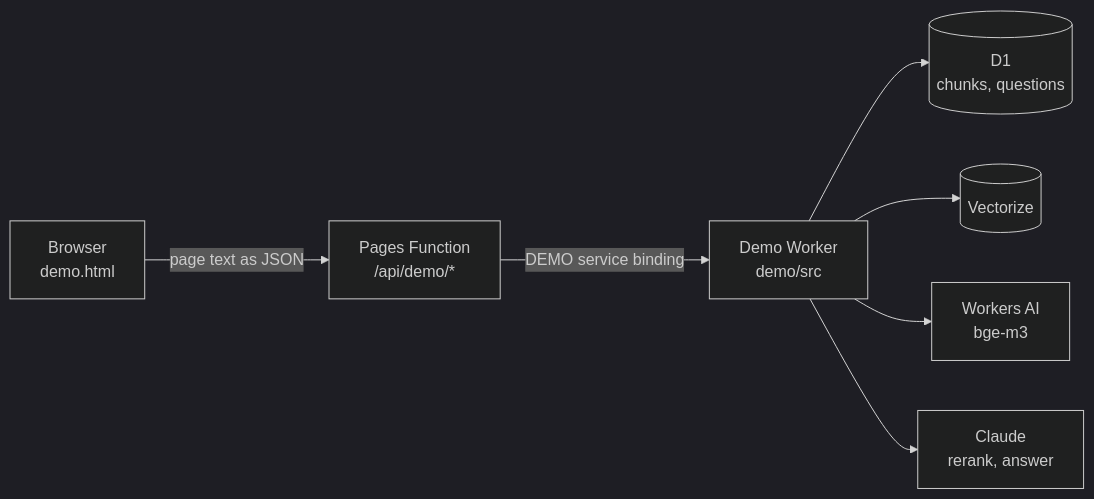
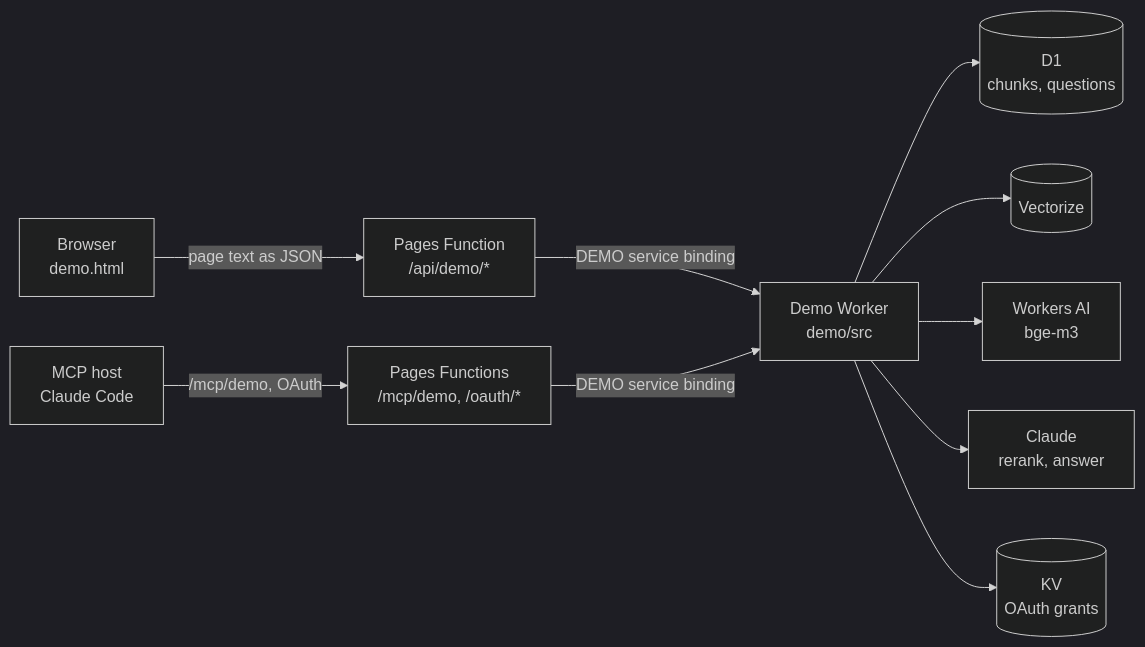
One commit to AiFirstDevelopment/joelstevick-demo-rag-pipeline changed the diagram in README.md. Above: the diagram before and after it, drawn with Mermaid (dark theme). The commit also changed other lines of this file and 22 other files, not shown here.

Commit message:
The MCP server (OAuth 2.1, three tools, the files as resources) and the pipeline's health check (daily metrics, drift, a canary), synced from the site

````diff
--- a/README.md
+++ b/README.md
@@ -13,9 +13,12 @@
 ```mermaid
 flowchart LR
   B["Browser<br/>demo.html"] -->|"page text as JSON"| P["Pages Function<br/>/api/demo/*"]
   P -->|"DEMO service binding"| W["Demo Worker<br/>demo/src"]
   W --> D[("D1<br/>chunks, questions")]
   W --> V[("Vectorize")]
   W --> A["Workers AI<br/>bge-m3"]
   W --> C["Claude<br/>rerank, answer"]
+  H["MCP host<br/>Claude Code"] -->|"/mcp/demo, OAuth"| P2["Pages Functions<br/>/mcp/demo, /oauth/*"]
+  P2 -->|"DEMO service binding"| W
+  W --> K[("KV<br/>OAuth grants")]
 ```
````
